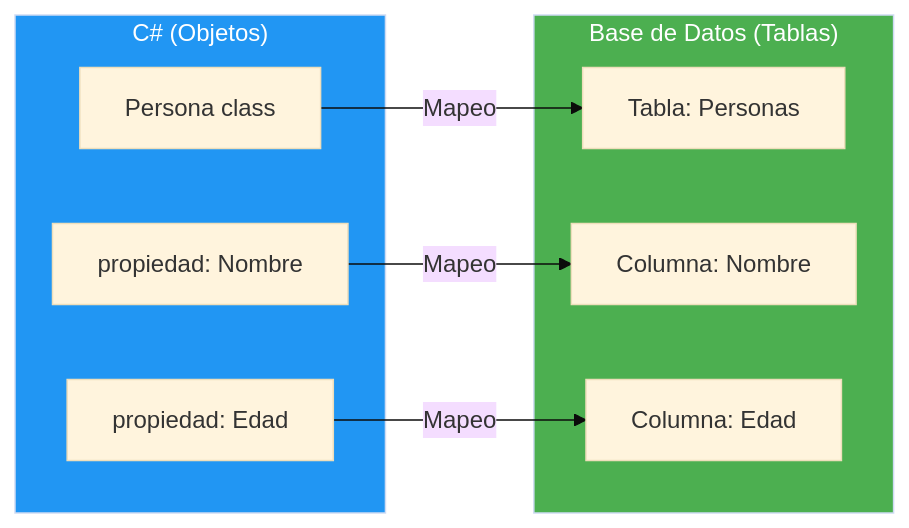
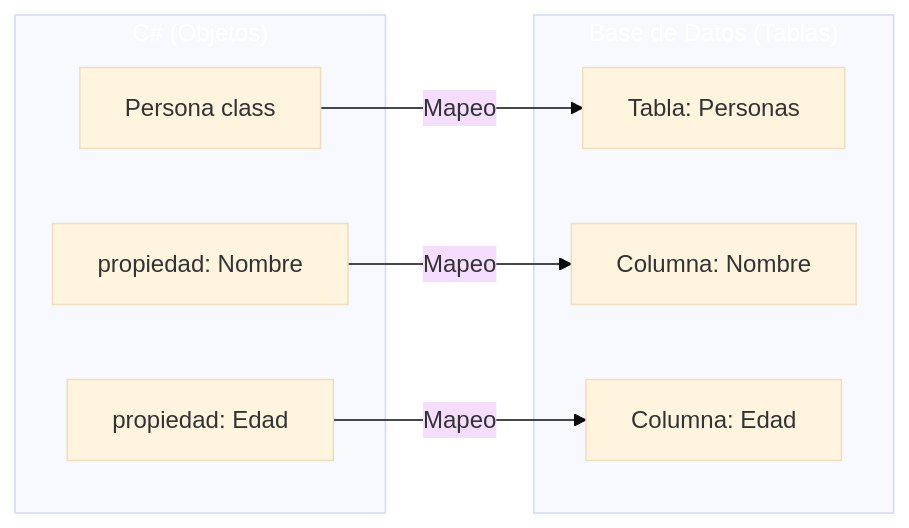
Before and after one commit to joseluisgs/DesarrolloWebEntornosServidor-01-2026-2027: the first of 2 diagrams in 20-entity-framework-core.md, drawn with Mermaid (base theme). The commit also changed other lines of this file and 66 other files, not shown here.

First line of the commit message:
fix: normalizar titulos al castellano de frase y corregir la paleta de mermaid

````diff
--- a/20-entity-framework-core.md
+++ b/20-entity-framework-core.md
@@ -50,21 +50,21 @@
 ```mermaid
 graph LR
     subgraph CSHARP["C# (Objetos)"]
         A["Persona class"]
         B["propiedad: Nombre"]
         C["propiedad: Edad"]
     end
 
     subgraph SQL["Base de Datos (Tablas)"]
         D["Tabla: Personas"]
         E["Columna: Nombre"]
         F["Columna: Edad"]
     end
 
     A -->|"Mapeo"| D
     B -->|"Mapeo"| E
     C -->|"Mapeo"| F
 
-    style CSHARP fill:#2196F3,color:#fff
-    style SQL fill:#4CAF50,color:#fff
+    style CSHARP fill:#2196F,color:#fff3,color:#fff
+    style SQL fill:#4CAF5,color:#fff0,color:#fff
 ```
````
